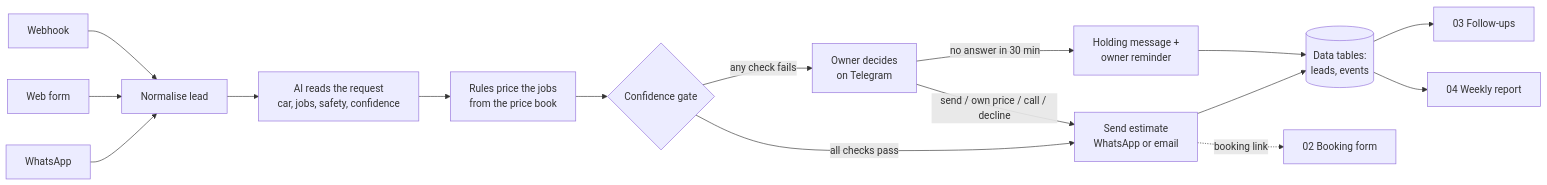
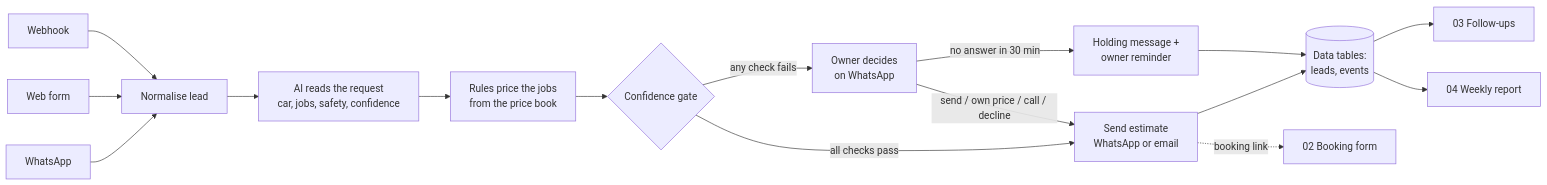
The diagram in README.md (costasxeras-stack/Garage-quote-agent), drawn with Mermaid before and after one commit. The commit also changed other lines of this file and 12 other files, not shown here.

Commit message:
Move owner alerts and decisions from Telegram to WhatsApp (decision 0007)

````diff
--- a/README.md
+++ b/README.md
@@ -28,18 +28,18 @@
 ```mermaid
 flowchart LR
   WA[WhatsApp] --> N[Normalise lead]
   WF[Web form] --> N
   WH[Webhook] --> N
   N --> AI[AI reads the request<br/>car, jobs, safety, confidence]
   AI --> P[Rules price the jobs<br/>from the price book]
   P --> G{Confidence gate}
   G -- all checks pass --> R[Send estimate<br/>WhatsApp or email]
-  G -- any check fails --> O[Owner decides<br/>on Telegram]
+  G -- any check fails --> O[Owner decides<br/>on WhatsApp]
   O -- send / own price / call / decline --> R
   O -- no answer in 30 min --> H[Holding message +<br/>owner reminder]
   R --> D[(Data tables:<br/>leads, events)]
   H --> D
   R -.booking link.-> B[02 Booking form]
   D --> F[03 Follow-ups]
   D --> W[04 Weekly report]
 ```
````
